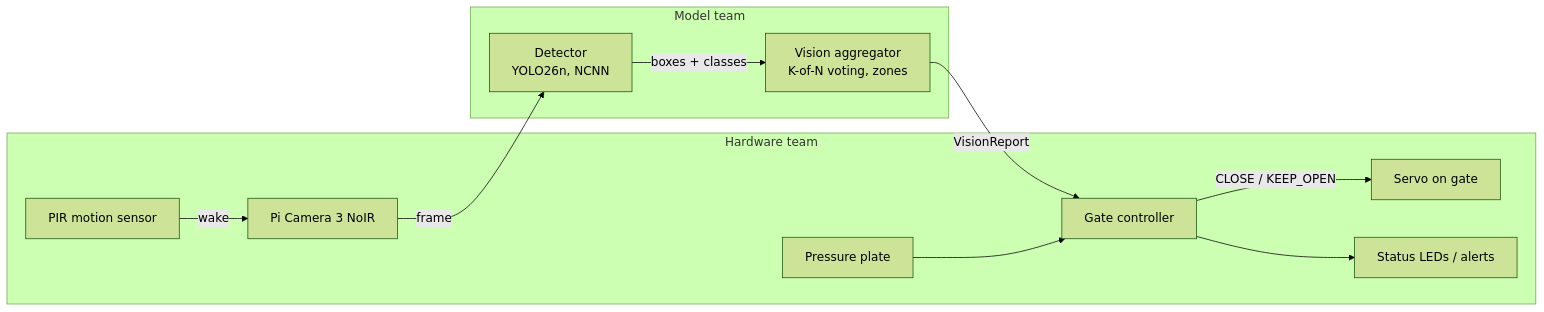
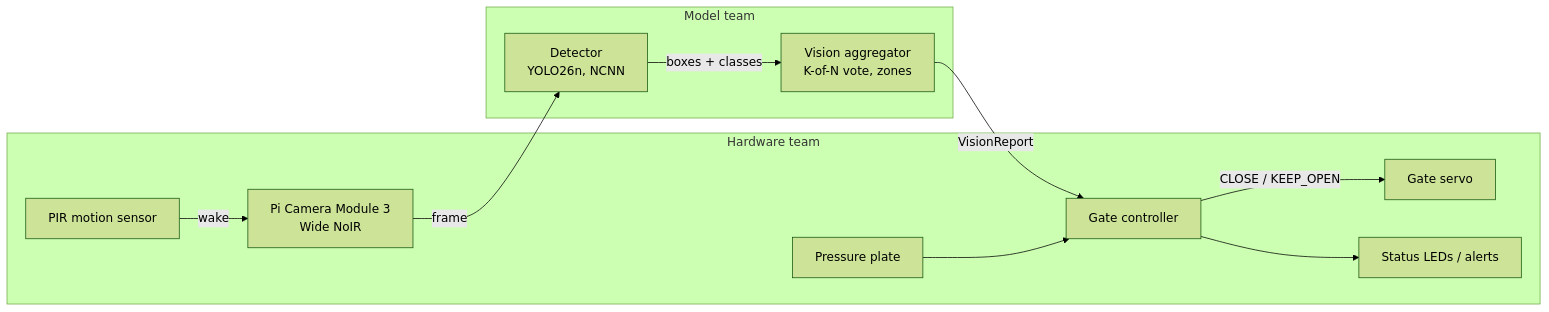
Before and after one commit to sudikshadas1/scout: the diagram in README.md, drawn with Mermaid (forest theme). The commit also changed other lines of this file and 30 other files, not shown here.

````diff
--- a/README.md
+++ b/README.md
@@ -24,23 +38,23 @@
 ```mermaid
 flowchart LR
-    PIR[PIR motion sensor] -->|wake| CAM[Pi Camera 3 NoIR]
+    PIR[PIR motion sensor] -->|wake| CAM[Pi Camera Module 3<br/>Wide NoIR]
     CAM -->|frame| DET[Detector<br/>YOLO26n, NCNN]
-    DET -->|boxes + classes| AGG[Vision aggregator<br/>K-of-N voting, zones]
+    DET -->|boxes + classes| AGG[Vision aggregator<br/>K-of-N vote, zones]
     AGG -->|VisionReport| GATE[Gate controller]
     PLATE[Pressure plate] --> GATE
-    GATE -->|CLOSE / KEEP_OPEN| SERVO[Servo on gate]
+    GATE -->|CLOSE / KEEP_OPEN| SERVO[Gate servo]
     GATE --> LED[Status LEDs / alerts]
 
     subgraph Model team
       DET
       AGG
     end
     subgraph Hardware team
       PIR
       CAM
       PLATE
       GATE
       SERVO
       LED
     end
 ```
````
